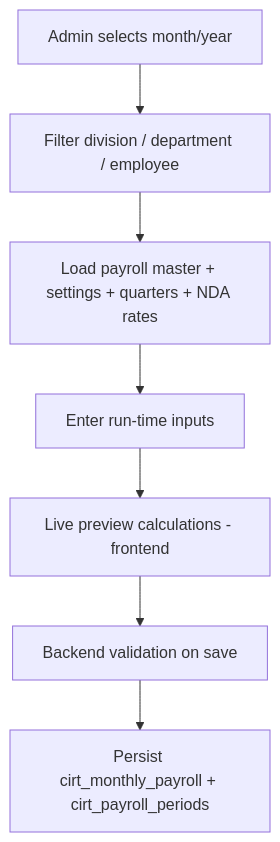
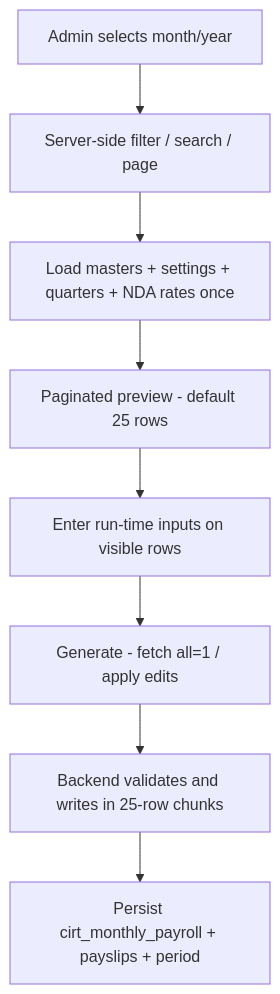
The seventh of 12 diagrams in docs/CIRT_PAYROLL_TECHNICAL_ARCHITECTURE.md (SiyanainfoAhm/HRMS), drawn with Mermaid before and after one commit. The commit also changed other lines of this file and 2 other files, not shown here.

````diff
--- a/docs/CIRT_PAYROLL_TECHNICAL_ARCHITECTURE.md
+++ b/docs/CIRT_PAYROLL_TECHNICAL_ARCHITECTURE.md
@@ -388,9 +392,10 @@
 ```mermaid
 flowchart TD
-    S1[Admin selects month/year] --> S2[Filter division / department / employee]
-    S2 --> S3[Load payroll master + settings + quarters + NDA rates]
-    S3 --> S4[Enter run-time inputs]
-    S4 --> S5[Live preview calculations - frontend]
-    S5 --> S6[Backend validation on save]
-    S6 --> S7[Persist cirt_monthly_payroll + cirt_payroll_periods]
+    S1[Admin selects month/year] --> S2[Server-side filter / search / page]
+    S2 --> S3[Load masters + settings + quarters + NDA rates once]
+    S3 --> S4[Paginated preview - default 25 rows]
+    S4 --> S5[Enter run-time inputs on visible rows]
+    S5 --> S6[Generate - fetch all=1 / apply edits]
+    S6 --> S7[Backend validates and writes in 25-row chunks]
+    S7 --> S8[Persist cirt_monthly_payroll + payslips + period]
 ```
````
